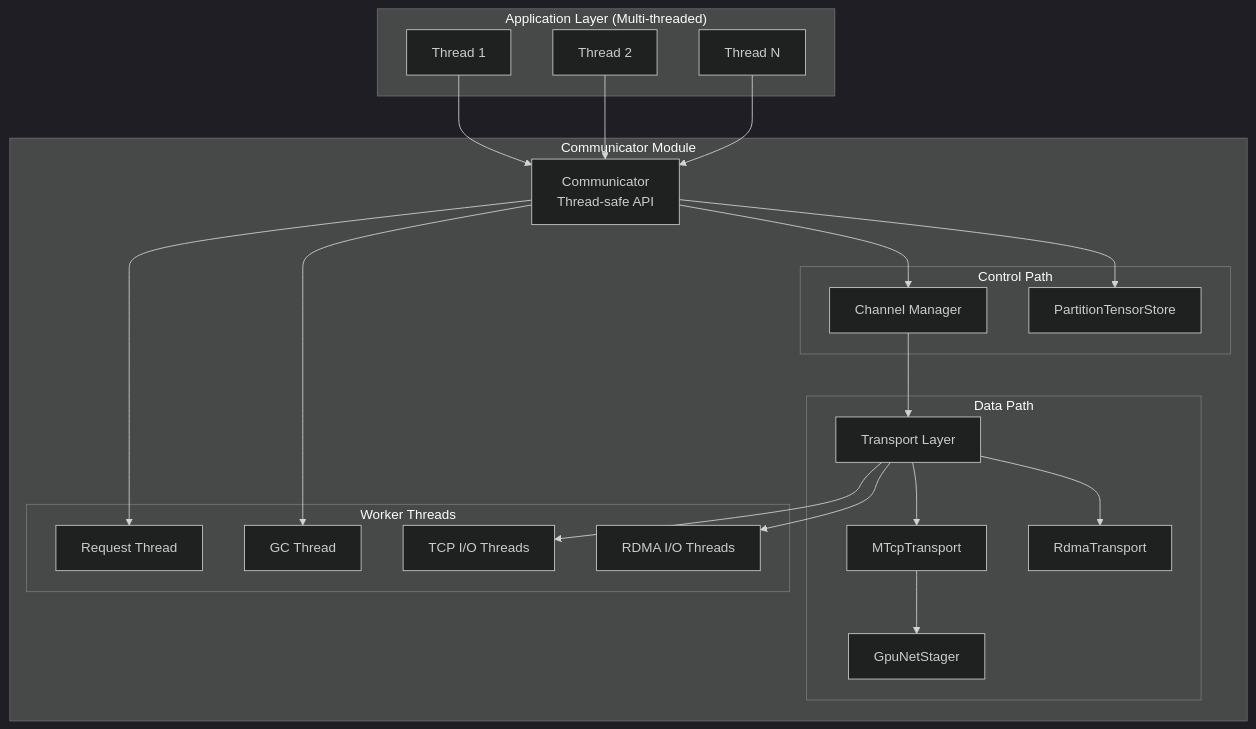
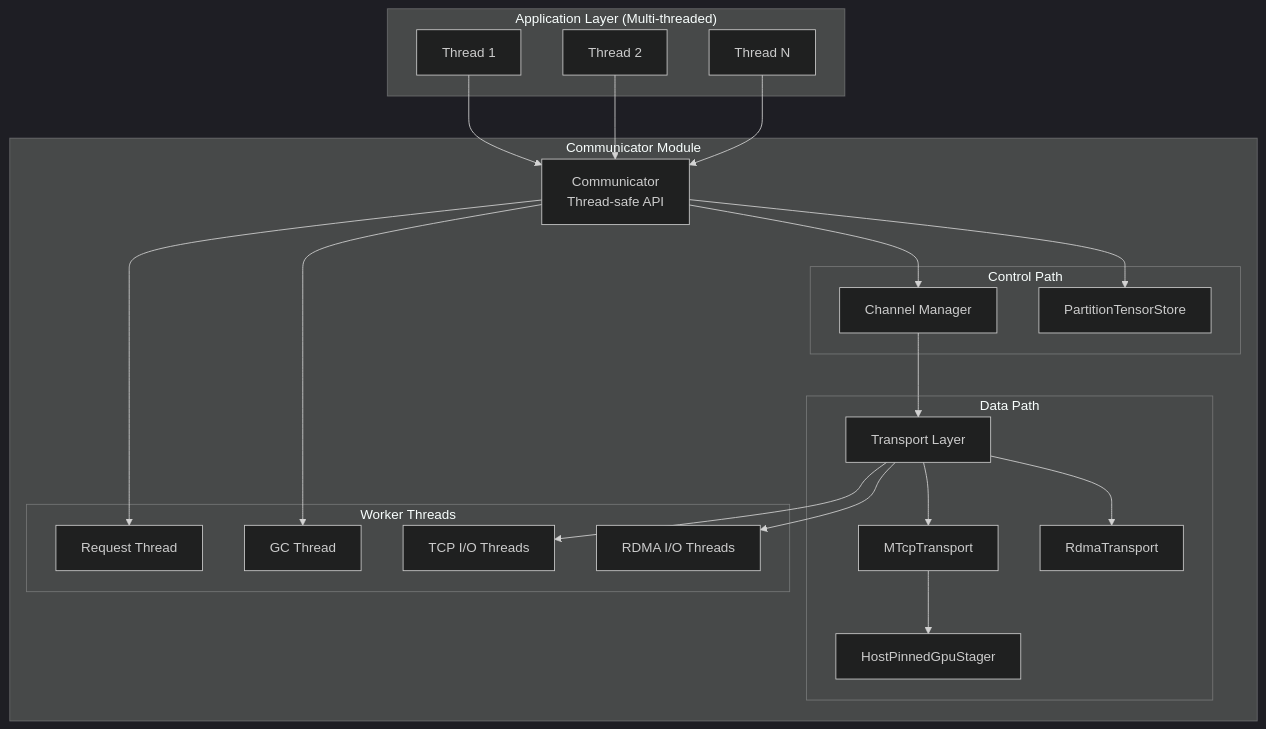
Before and after one commit to tensorcast-ai/tensorcast: the first of 13 diagrams in core/communicator/README.md, drawn with Mermaid (dark theme). The commit also changed other lines of this file and 41 other files, not shown here.

````diff
--- a/core/communicator/README.md
+++ b/core/communicator/README.md
@@ -18,40 +18,40 @@
 ```mermaid
 flowchart TB
   subgraph Application["Application Layer (Multi-threaded)"]
     T1[Thread 1]
     T2[Thread 2]
     T3[Thread N]
   end
 
   subgraph Communicator["Communicator Module"]
     CE[Communicator<br/>Thread-safe API]
 
     subgraph "Control Path"
       CH[Channel Manager]
       PS[PartitionTensorStore]
     end
 
     subgraph "Data Path"
       TR[Transport Layer]
       MTCP[MTcpTransport]
       RDMA[RdmaTransport]
-      STAGER[GpuNetStager]
+      STAGER[HostPinnedGpuStager]
     end
 
     subgraph "Worker Threads"
       RT[Request Thread]
       GT[GC Thread]
       TCPThreads[TCP I/O Threads]
       RDMAThreads[RDMA I/O Threads]
     end
   end
 
   T1 & T2 & T3 --> CE
   CE --> CH
   CE --> PS
   CH --> TR
   TR --> MTCP & RDMA
   MTCP --> STAGER
   CE --> RT & GT
   TR --> TCPThreads & RDMAThreads
 ```
````
